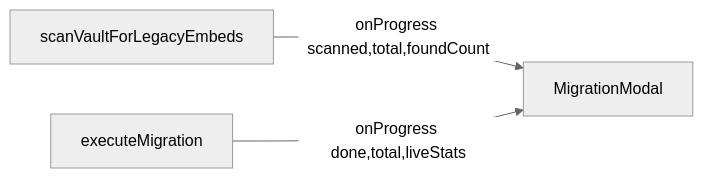
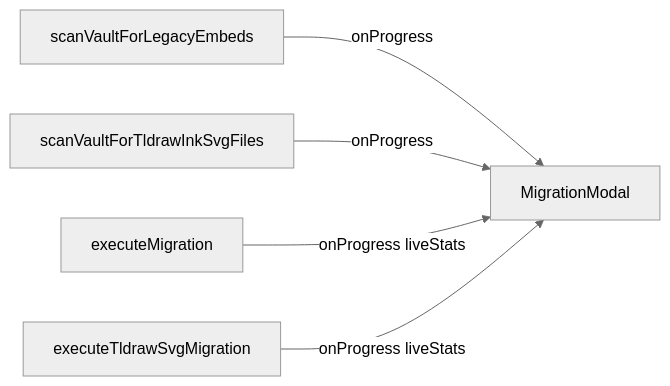
The third of 3 diagrams in docs/file-format-and-conversion.md (daledesilva/obsidian_ink), drawn with Mermaid (neutral theme) before and after one commit. The commit also changed other lines of this file and 12 other files, not shown here.

Commit message:
fixed: Combined Settings migrate so tldraw Ink SVGs convert with v1 files and the migrate card collapses when permanent Done appears. Aligned eligibility to Ink tldraw writing/drawing only, documented the flows, and refreshed the 0.5.4 version notice chips.

````diff
--- a/docs/file-format-and-conversion.md
+++ b/docs/file-format-and-conversion.md
@@ -93,8 +129,12 @@
 ```mermaid
 flowchart LR
-  Scan["scanVaultForLegacyEmbeds"]
-  Migrate["executeMigration"]
+  ScanV1["scanVaultForLegacyEmbeds"]
+  ScanSvg["scanVaultForTldrawInkSvgFiles"]
+  MigV1["executeMigration"]
+  MigSvg["executeTldrawSvgMigration"]
   Modal["MigrationModal"]
-  Scan -->|"onProgress scanned,total,foundCount"| Modal
-  Migrate -->|"onProgress done,total,liveStats"| Modal
+  ScanV1 -->|"onProgress"| Modal
+  ScanSvg -->|"onProgress"| Modal
+  MigV1 -->|"onProgress liveStats"| Modal
+  MigSvg -->|"onProgress liveStats"| Modal
 ```
````
